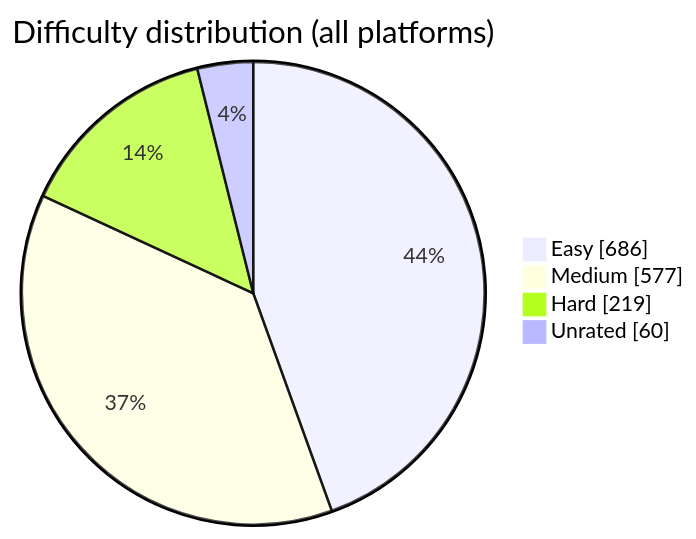
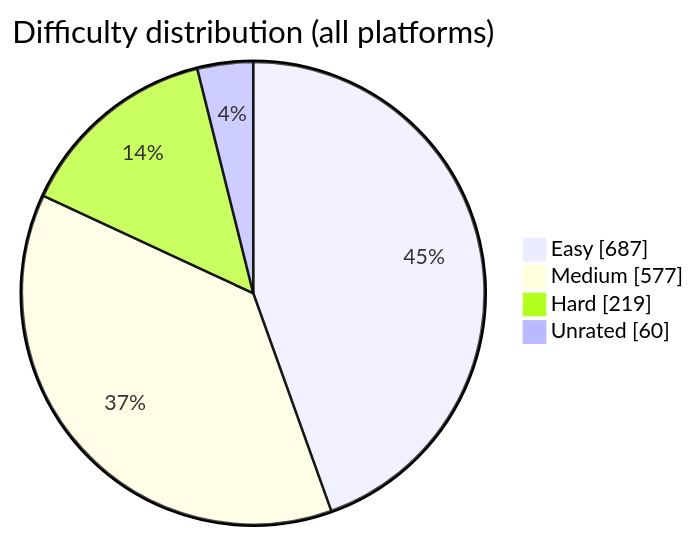
One commit to BuildbyArindam/Daily-Coding-Log changed the diagram in README.md. Above: the diagram before and after it, drawn with Mermaid. The commit also changed other lines of this file, not shown here.

````diff
--- a/README.md
+++ b/README.md
@@ -93,7 +93,7 @@
 ```mermaid
 pie showData title Difficulty distribution (all platforms)
-    "Easy" : 686
+    "Easy" : 687
     "Medium" : 577
     "Hard" : 219
     "Unrated" : 60
 ```
````
